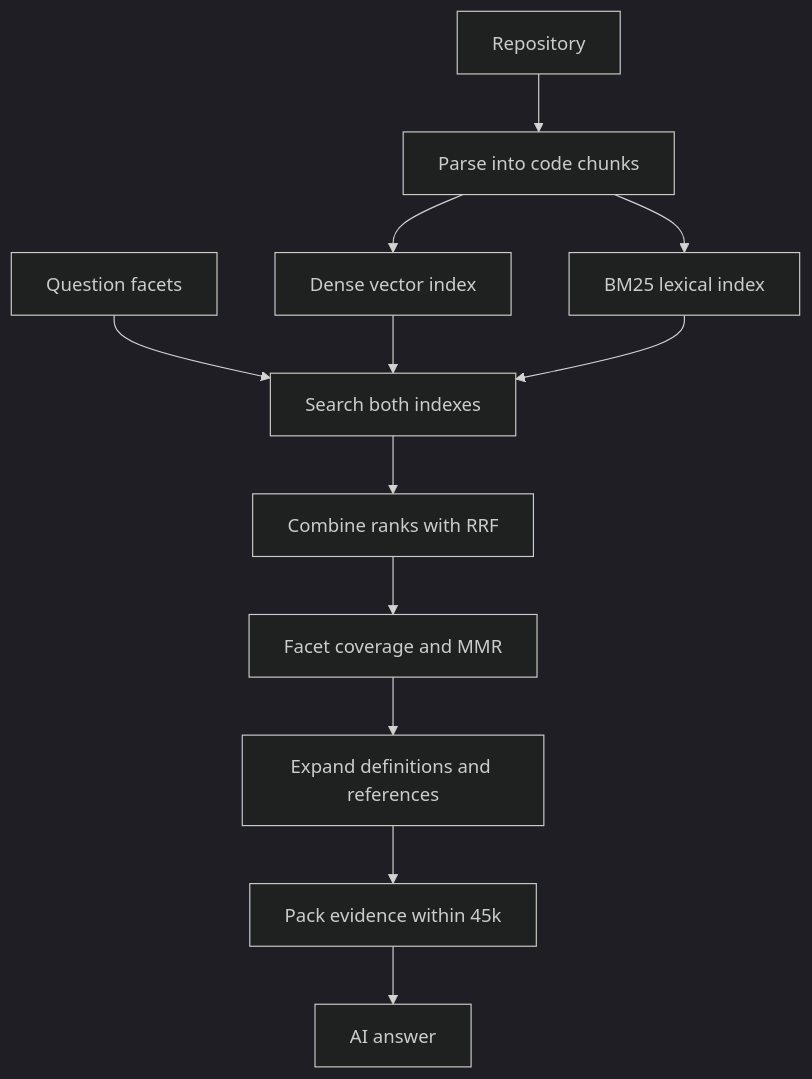
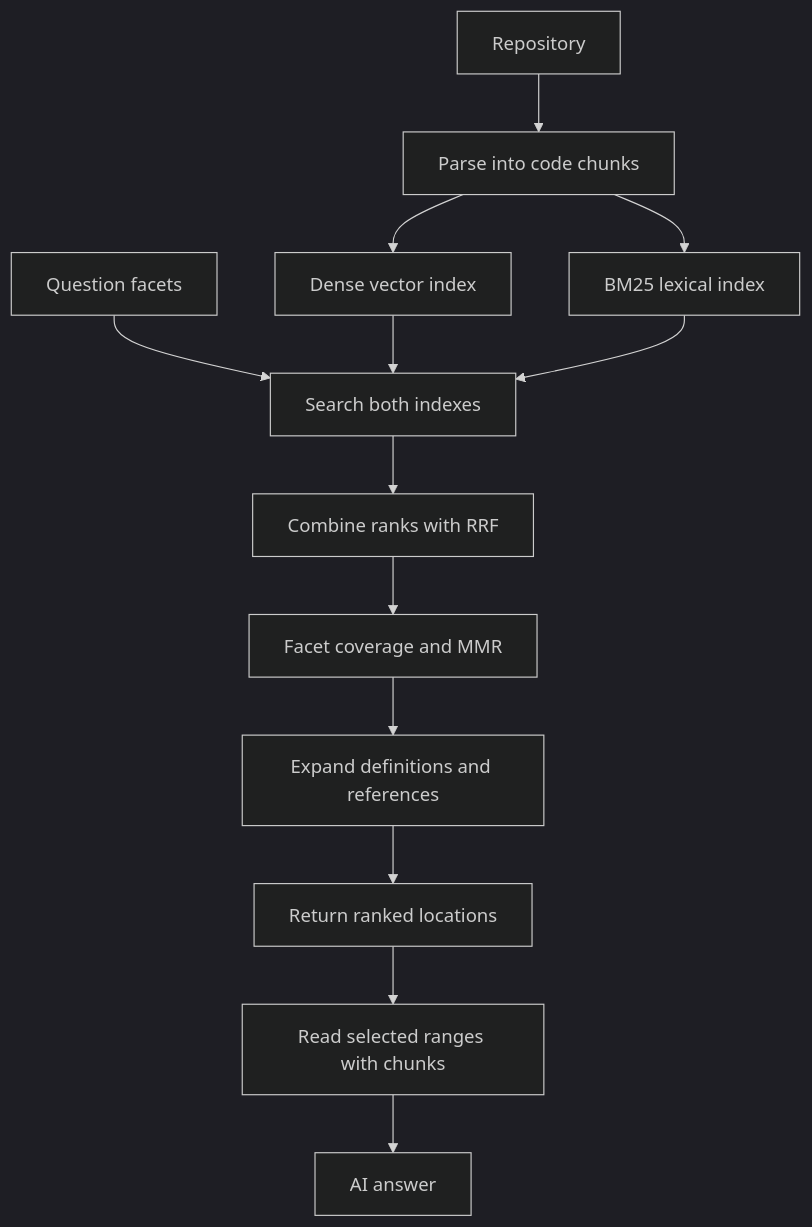
The diagram in SEARCH_PIPELINE.md (learncoder4848/smritikosh), drawn with Mermaid (dark theme) before and after one commit. The commit also changed other lines of this file and 16 other files, not shown here.

````diff
--- a/SEARCH_PIPELINE.md
+++ b/SEARCH_PIPELINE.md
@@ -7,14 +11,15 @@
 ```mermaid
 flowchart TD
     Repo[Repository] --> Chunks[Parse into code chunks]
     Chunks --> DenseIndex[Dense vector index]
     Chunks --> Bm25Index[BM25 lexical index]
     Question[Question facets] --> Search[Search both indexes]
     DenseIndex --> Search
     Bm25Index --> Search
     Search --> RRF[Combine ranks with RRF]
     RRF --> Select[Facet coverage and MMR]
     Select --> Expand[Expand definitions and references]
-    Expand --> Pack[Pack evidence within 45k]
-    Pack --> Agent[AI answer]
+    Expand --> Locations[Return ranked locations]
+    Locations --> Read["Read selected ranges with chunks"]
+    Read --> Agent[AI answer]
 ```
````
